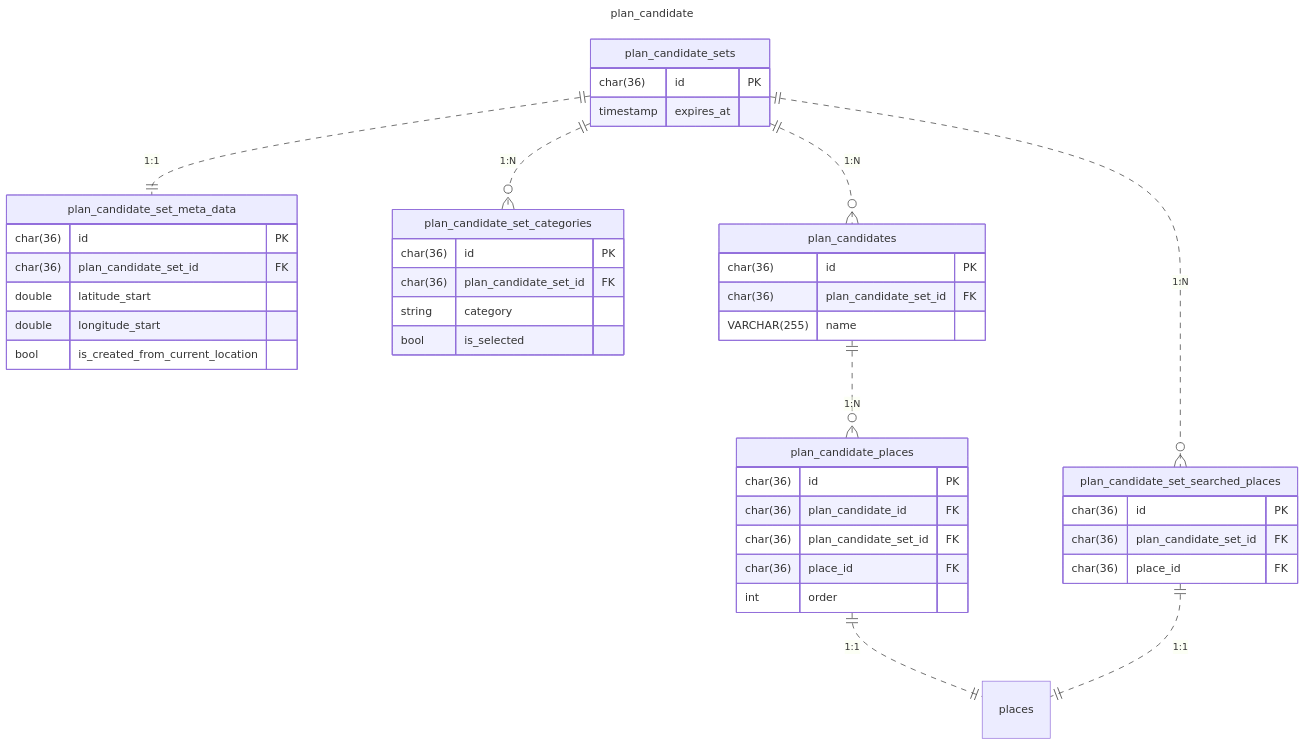
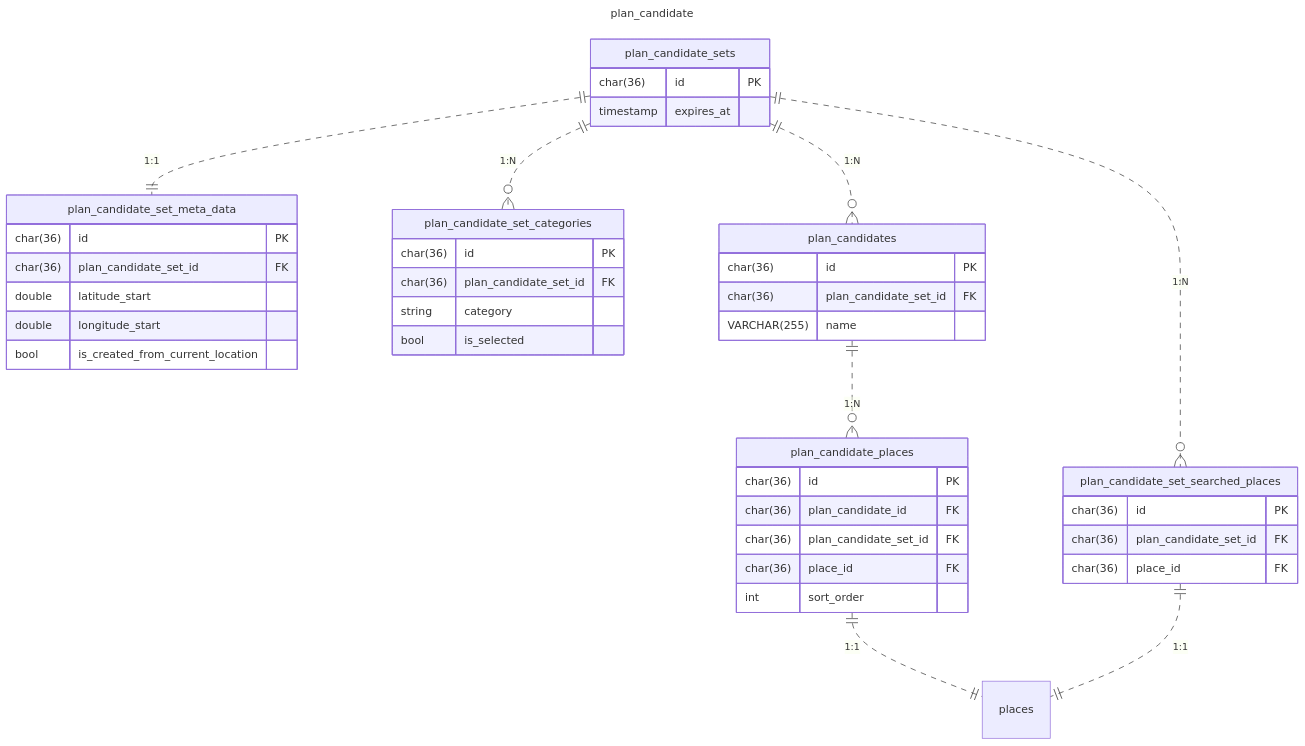
One commit to poroto-app/planner changed the third of 3 diagrams in doc/database/er.md. Above: the diagram before and after it, drawn with Mermaid. The commit also changed 2 other files, not shown here.

Commit message:
feat(db): 順番を表現するカラム名を修正

````diff
--- a/doc/database/er.md
+++ b/doc/database/er.md
@@ -108,53 +108,53 @@
 ```mermaid
 ---
 title: plan_candidate
 ---
 erDiagram
     plan_candidate_sets {
         char(36) id PK
         timestamp expires_at
     }
 
     plan_candidate_set_meta_data {
         char(36) id PK
         char(36) plan_candidate_set_id FK
         double latitude_start
         double longitude_start
         bool is_created_from_current_location
     }
 
     plan_candidate_set_searched_places {
         char(36) id PK
         char(36) plan_candidate_set_id FK
         char(36) place_id FK
     }
 
     plan_candidate_set_categories {
         char(36) id PK
         char(36) plan_candidate_set_id FK
         string category
         bool is_selected
     }
 
     plan_candidates {
         char(36) id PK
         char(36) plan_candidate_set_id FK
         VARCHAR(255) name
     }
 
     plan_candidate_places {
         char(36) id PK
         char(36) plan_candidate_id FK
         char(36) plan_candidate_set_id FK
         char(36) place_id FK
-        int order
+        int sort_order 
     }
 
     plan_candidate_sets ||..o{ plan_candidates: "1:N"
     plan_candidate_sets ||..|| plan_candidate_set_meta_data: "1:1"
     plan_candidate_sets ||..o{ plan_candidate_set_categories: "1:N"
     plan_candidate_sets ||..o{ plan_candidate_set_searched_places: "1:N"
     plan_candidates ||..o{ plan_candidate_places: "1:N"
     plan_candidate_places ||..|| places: "1:1"
     plan_candidate_set_searched_places ||..|| places: "1:1"
 ```
````
